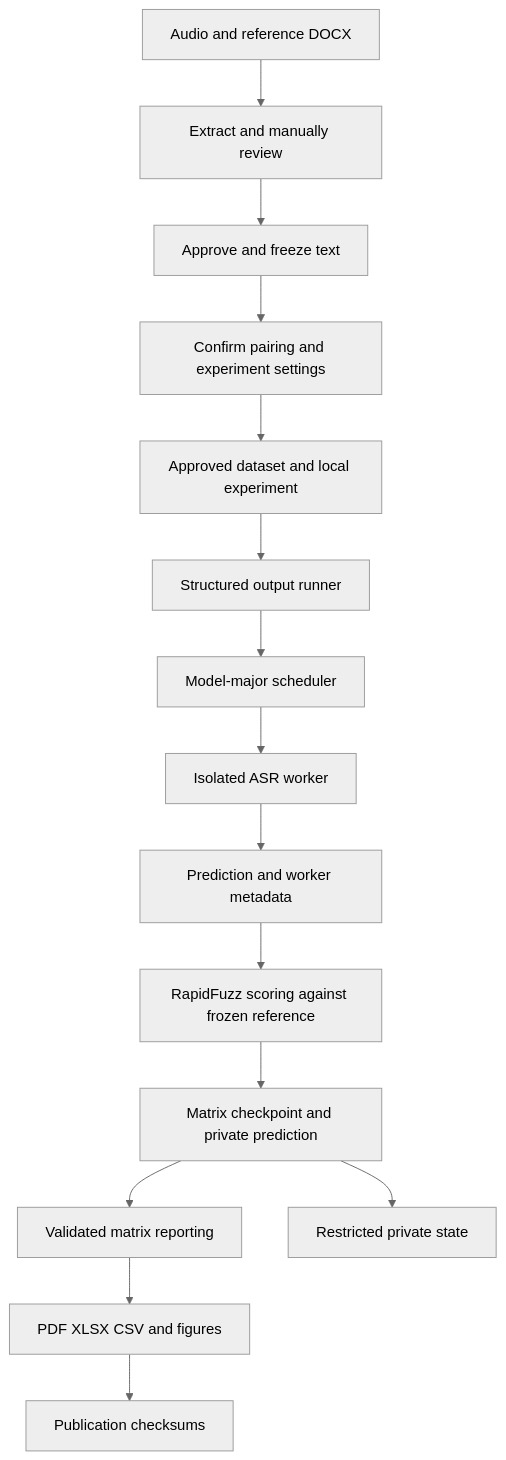
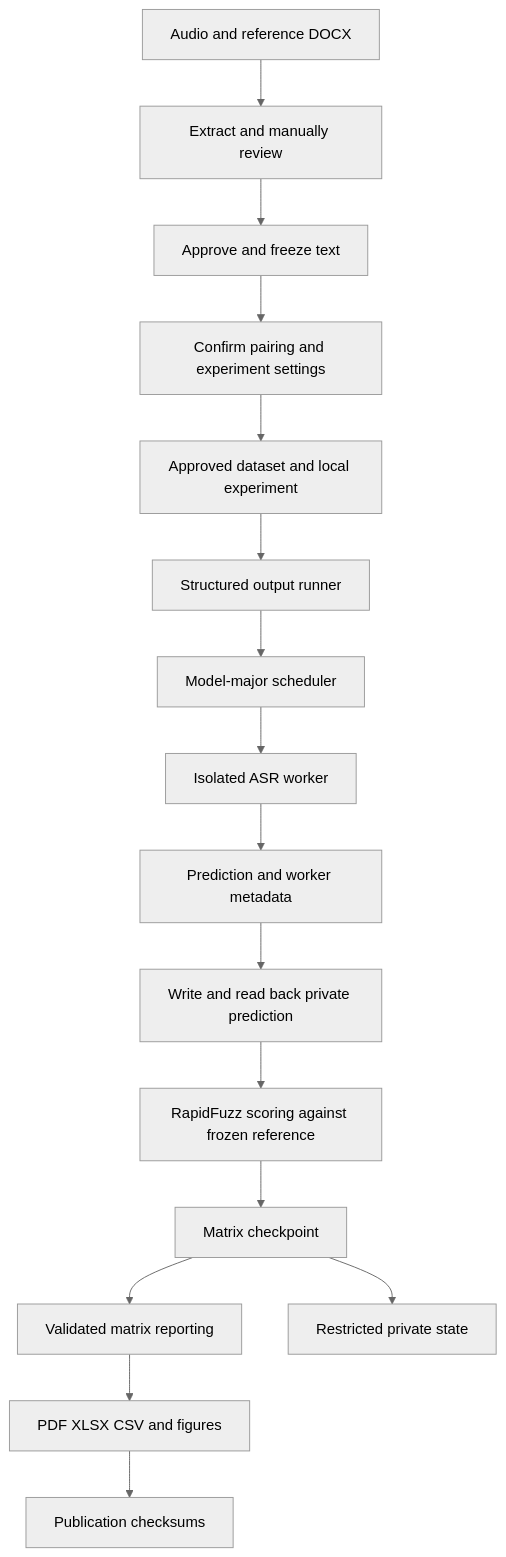
One commit to saprimad/redscribe changed the first of 3 diagrams in docs/scientific/part-II-benchmarking/README.md. Above: the diagram before and after it, drawn with Mermaid (neutral theme). The commit also changed other lines of this file and 5 other files, not shown here.

````diff
--- a/docs/scientific/part-II-benchmarking/README.md
+++ b/docs/scientific/part-II-benchmarking/README.md
@@ -13,17 +13,18 @@
 ```mermaid
 flowchart TD
     A[Audio and reference DOCX] --> B[Extract and manually review]
     B --> C[Approve and freeze text]
     C --> D[Confirm pairing and experiment settings]
     D --> E[Approved dataset and local experiment]
     E --> F[Structured output runner]
     F --> G[Model-major scheduler]
     G --> H[Isolated ASR worker]
     H --> I[Prediction and worker metadata]
-    I --> J[RapidFuzz scoring against frozen reference]
-    J --> K[Matrix checkpoint and private prediction]
+    I --> P[Write and read back private prediction]
+    P --> J[RapidFuzz scoring against frozen reference]
+    J --> K[Matrix checkpoint]
     K --> L[Validated matrix reporting]
     L --> M[PDF XLSX CSV and figures]
     K --> N[Restricted private state]
     M --> O[Publication checksums]
 ```
````
